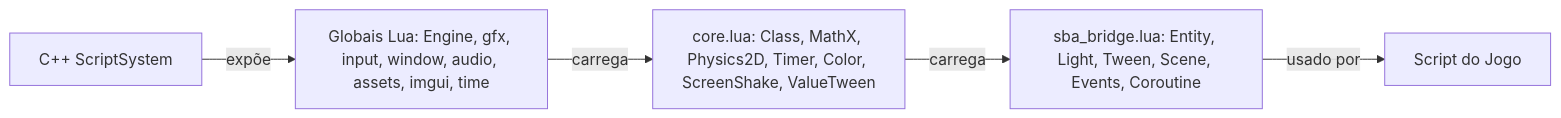
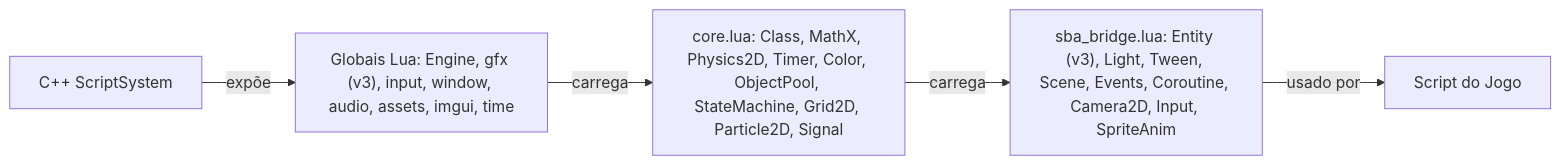
One commit to DragonBlackOne/Starlight-Engine-1.0 changed the second of 2 diagrams in StarlightEngine/docs/ARCHITECTURE.pt-br.md. Above: the diagram before and after it, drawn with Mermaid. The commit also changed other lines of this file and 202 other files, not shown here.

````diff
--- a/StarlightEngine/docs/ARCHITECTURE.pt-br.md
+++ b/StarlightEngine/docs/ARCHITECTURE.pt-br.md
@@ -55,7 +55,7 @@
 ```mermaid
 graph LR
-    CPP["C++ ScriptSystem"] -->|expõe| LuaAPI["Globais Lua: Engine, gfx, input, window, audio, assets, imgui, time"]
-    LuaAPI -->|carrega| CoreLua["core.lua: Class, MathX, Physics2D, Timer, Color, ScreenShake, ValueTween"]
-    CoreLua -->|carrega| SBA["sba_bridge.lua: Entity, Light, Tween, Scene, Events, Coroutine"]
+    CPP["C++ ScriptSystem"] -->|expõe| LuaAPI["Globais Lua: Engine, gfx (v3), input, window, audio, assets, imgui, time"]
+    LuaAPI -->|carrega| CoreLua["core.lua: Class, MathX, Physics2D, Timer, Color, ObjectPool, StateMachine, Grid2D, Particle2D, Signal"]
+    CoreLua -->|carrega| SBA["sba_bridge.lua: Entity (v3), Light, Tween, Scene, Events, Coroutine, Camera2D, Input, SpriteAnim"]
     SBA -->|usado por| GameScript["Script do Jogo"]
 ```
````
